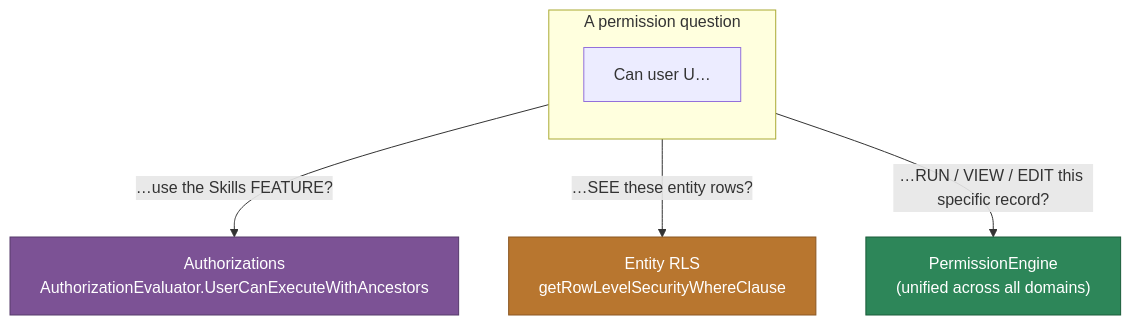
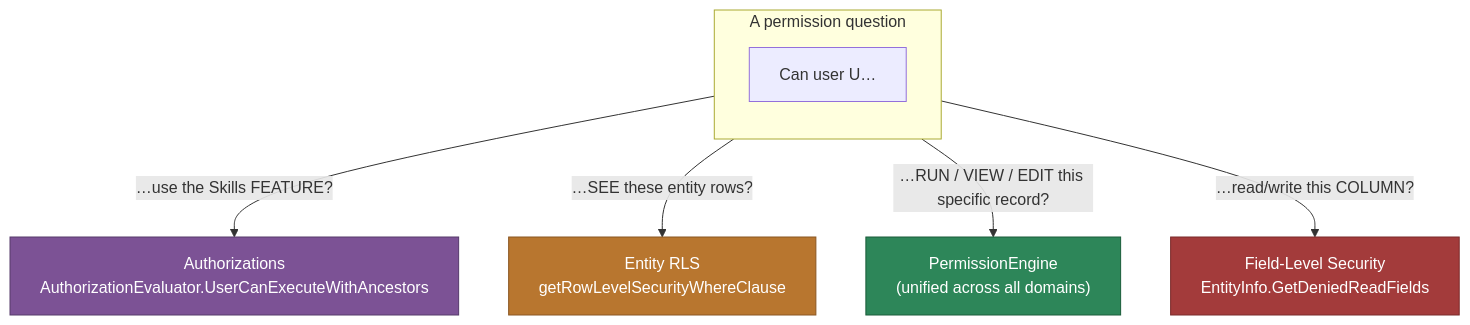
The first of 3 diagrams in guides/UNIFIED_PERMISSIONS_GUIDE.md (MemberJunction/MJ), drawn with Mermaid before and after one commit. The commit also changed other lines of this file and 14 other files, not shown here.

````diff
--- a/guides/UNIFIED_PERMISSIONS_GUIDE.md
+++ b/guides/UNIFIED_PERMISSIONS_GUIDE.md
@@ -21,15 +22,17 @@
 ```mermaid
 flowchart TB
     subgraph Q["A permission question"]
         direction TB
         A["Can user U…"]
     end
 
     A -->|"…use the Skills FEATURE?"| CAP["Authorizations<br/>AuthorizationEvaluator.UserCanExecuteWithAncestors"]
     A -->|"…SEE these entity rows?"| RLS["Entity RLS<br/>getRowLevelSecurityWhereClause"]
     A -->|"…RUN / VIEW / EDIT this specific record?"| PE["PermissionEngine<br/>(unified across all domains)"]
+    A -->|"…read/write this COLUMN?"| FLS["Field-Level Security<br/>EntityInfo.GetDeniedReadFields"]
 
     style CAP fill:#7c5295,stroke:#563a6b,color:#fff
     style RLS fill:#b8762f,stroke:#8a5722,color:#fff
     style PE fill:#2d8659,stroke:#1a5c3a,color:#fff
+    style FLS fill:#a33b3b,stroke:#7a2b2b,color:#fff
 ```
````
